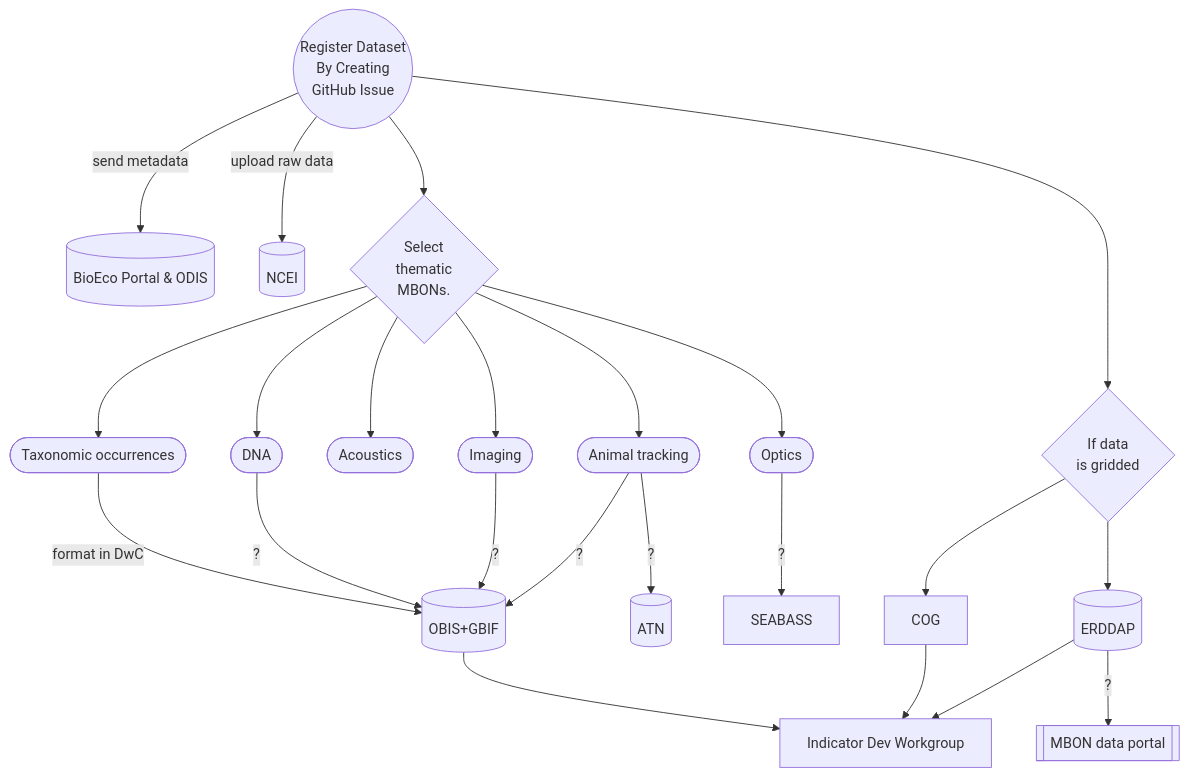
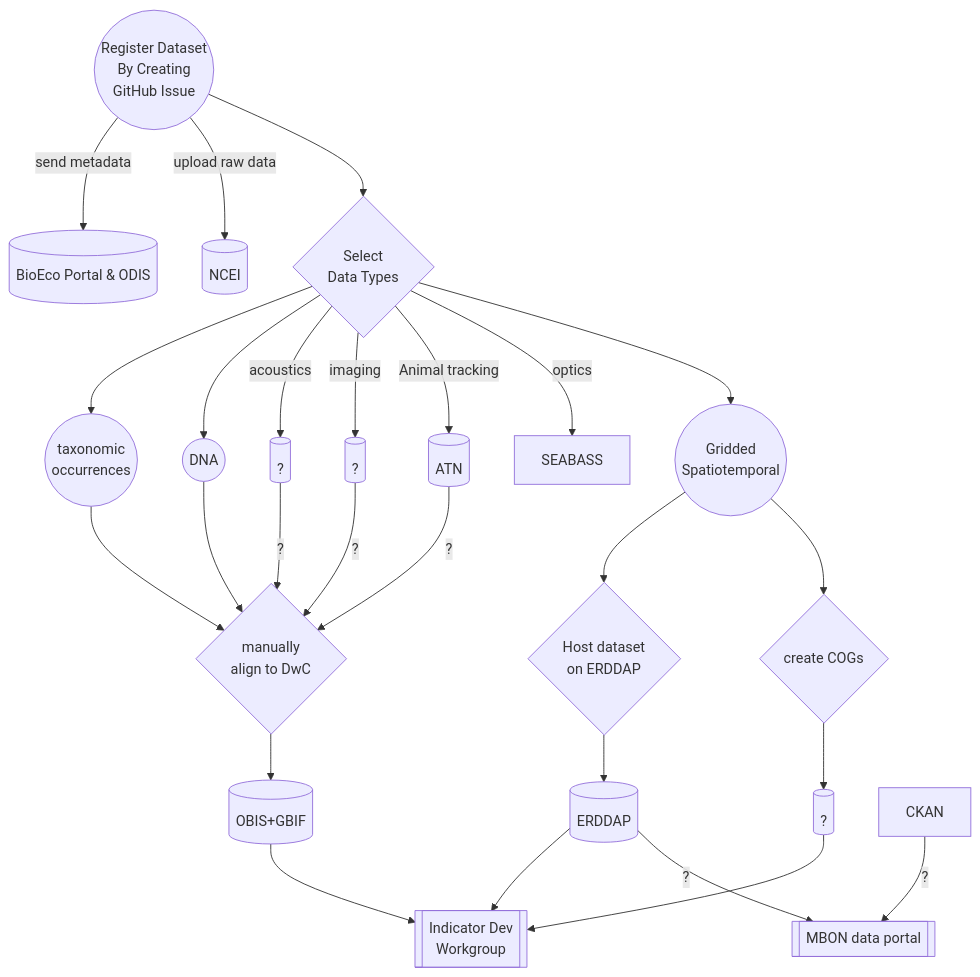
The diagram in graphs/index.md (marinebon/data-management-checklists), drawn with Mermaid before and after one commit.

````diff
--- a/graphs/index.md
+++ b/graphs/index.md
@@ -1,44 +1,42 @@
 ```mermaid
 
 graph TD
 
 REGISTER((Register Dataset \n By Creating \n GitHub Issue)) 
   -- send metadata --> BIOECO[(BioEco Portal & ODIS)]
 
 %% REGISTER --> REGIONAL{Select \n regional MBONs.}
 
 REGISTER -- upload raw data --> NCEI[(NCEI)]
 
-REGISTER --> THEMATIC{Select \n thematic \n MBONs.} 
+REGISTER --> THEMATIC{Select \n Data Types} 
 
-THEMATIC --> TAXA([Taxonomic occurrences])
-  TAXA -- format in DwC --> DWC[(OBIS+GBIF)]
-  %% DWC --> OBIS
-  %% DWC --> GBIF
-THEMATIC --> DNA([DNA])
-  DNA -- ? --> DWC
-THEMATIC --> ACOUSTICS([Acoustics])
-  %% ACOUSTICS --> PASSIVE[passive]
-  %% ACOUSTICS --> ACTIVE[active]
-THEMATIC --> IMAGE([Imaging])
-  IMAGE -- ? --> DWC
-THEMATIC --> TRACKING([Animal tracking])
-  TRACKING -- ? --> ATN[(ATN)]
-  TRACKING -- ? --> DWC
-THEMATIC --> OPTICAL([Optics])
-  OPTICAL -- ? --> SEABASS
-REGISTER --> IF_GRIDDED{If data \n is gridded}
-IF_GRIDDED --> ERDDAP[(ERDDAP)]
-IF_GRIDDED --> COG
+THEMATIC --> TAXA((taxonomic \n occurrences)) 
+  --> DWC_ALIGN{manually \n align to DwC} 
+  --> DWC[(OBIS+GBIF)]
+THEMATIC --> DNA((DNA)) 
+  --> DWC_ALIGN
+THEMATIC -- acoustics --> ACOUSTICS_DB[(?)]
+  -- ? --> DWC_ALIGN
+THEMATIC -- imaging --> IMAGE_DB[(?)]
+  -- ? --> DWC_ALIGN
+THEMATIC -- Animal tracking --> ATN[(ATN)]
+  -- ? --> DWC_ALIGN
+THEMATIC -- optics --> SEABASS
+THEMATIC --> GRIDDED((Gridded \n Spatiotemporal))
+GRIDDED --> ERDDAP_FMT{Host dataset \n on ERDDAP} 
+  --> ERDDAP[(ERDDAP)]
+GRIDDED --> COG{create COGs} --> COG_DB[(?)]
+  --> INDICATORS
 
+DWC --> INDICATORS
+ERDDAP --> INDICATORS
+INDICATORS[[Indicator Dev \n Workgroup]]
+
+CKAN -- ? --> PORTAL
 ERDDAP -- ? --> PORTAL[[MBON data portal]]
 
-DWC --> INDICATORS
-COG --> INDICATORS
-ERDDAP --> INDICATORS
-
-INDICATORS[Indicator Dev Workgroup]
-
 click REGISTER "https://github.com/marinebon/dataset-registry/issues"
+click DWC_ALIGN "https://ioos.github.io/mbon-docs/mbon-data-flow.html#darwin-core-alignment"
 
 ```
````
